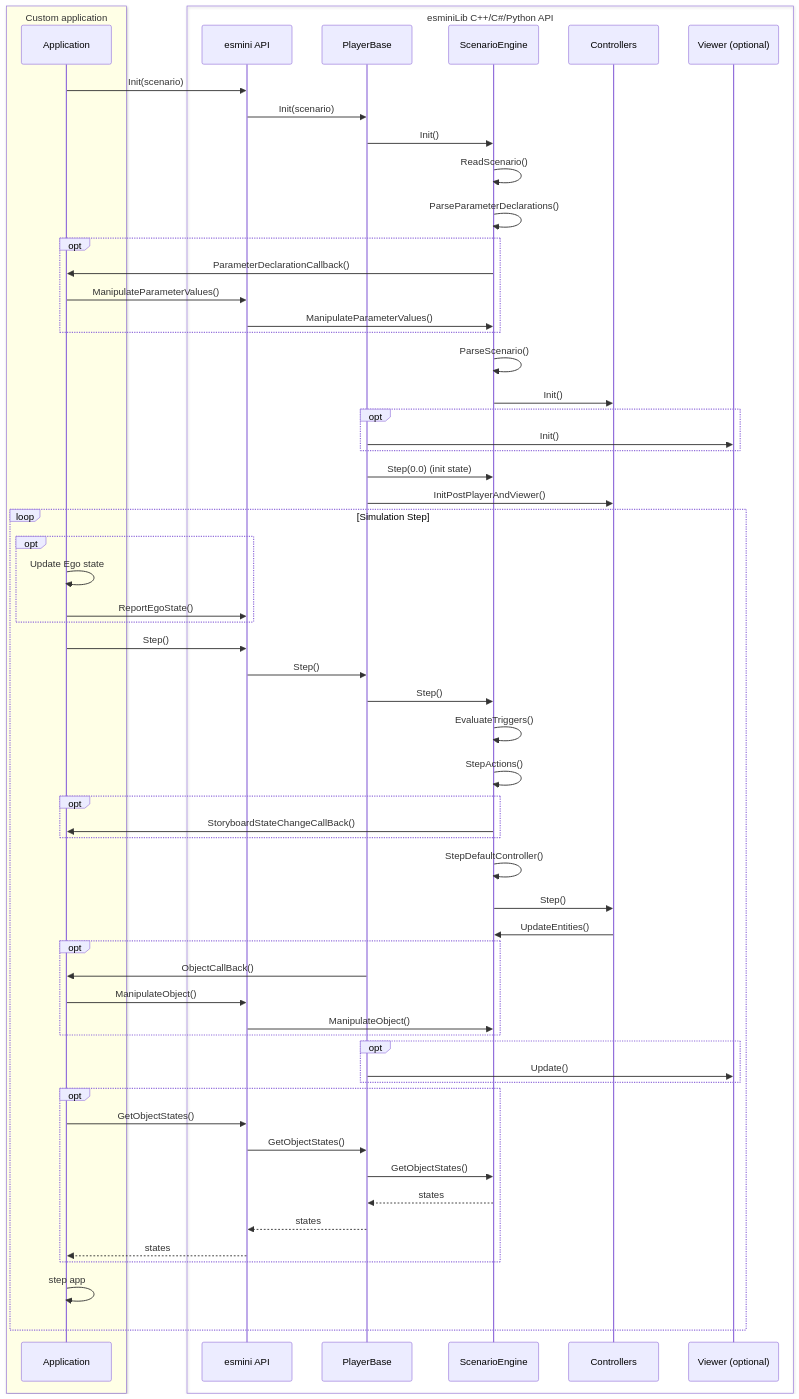
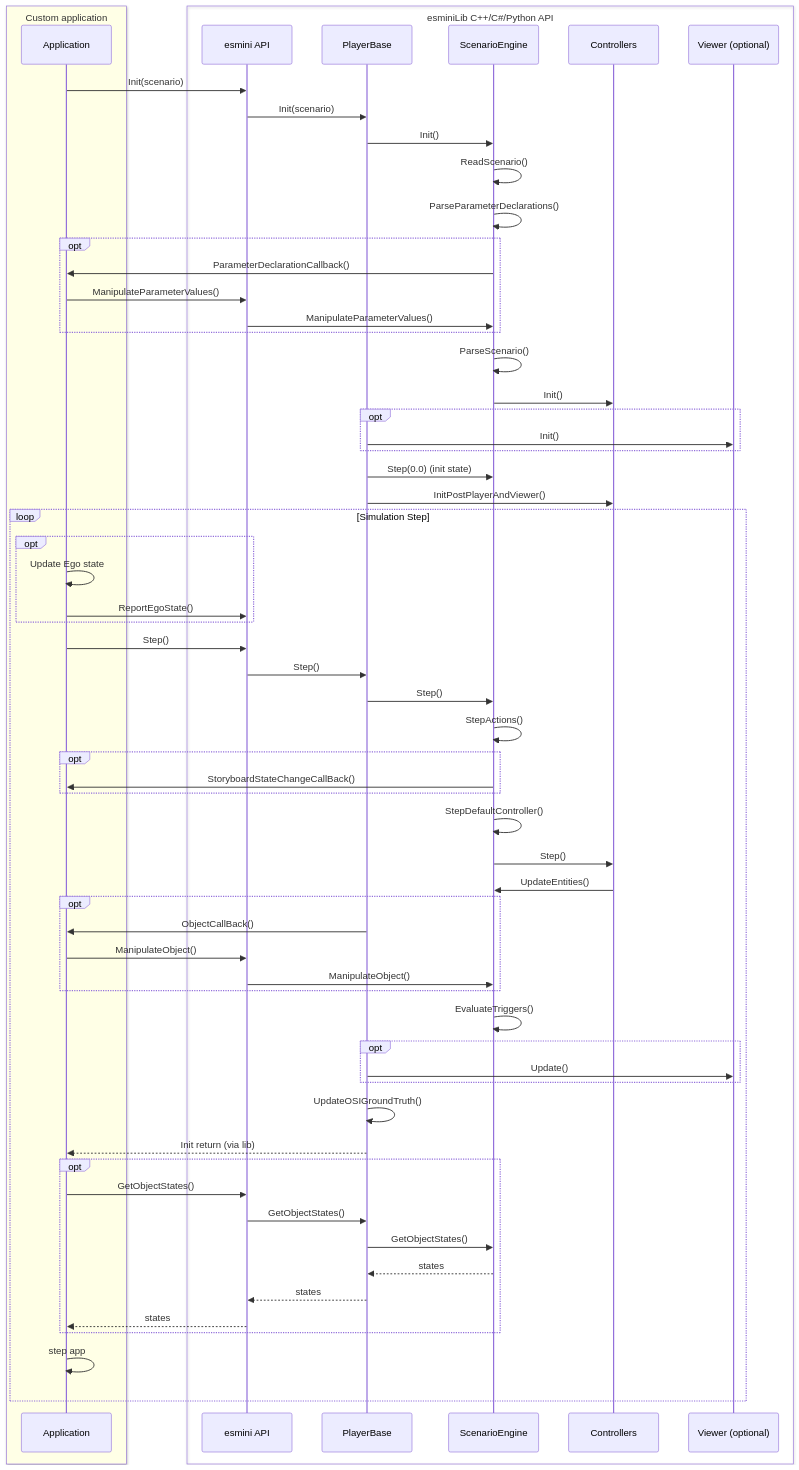
One commit to esmini/esmini changed the fourth of 4 diagrams in docs/user_guide/inner-workings.adoc. Above: the diagram before and after it, drawn with Mermaid.

Commit message:
Fix and clarify lib sequence diagram

```diff
--- a/docs/user_guide/inner-workings.adoc
+++ b/docs/user_guide/inner-workings.adoc
@@ -177,68 +177,70 @@
 [mermaid]
 ....
 sequenceDiagram
     box rgb(255,255,230) Custom application
        participant app as Application
     end
     box esminiLib C++/C#35;/Python API
        participant lib as esmini API
        participant player as PlayerBase
        participant se as ScenarioEngine
        participant ctrl as Controllers
        participant viewer as Viewer (optional)
     end
 
     app->>lib: Init(scenario)
     lib->>player: Init(scenario)
     player->>se: Init()
     se->>se: ReadScenario()
     se->>se: ParseParameterDeclarations()
     opt
        se->>app: ParameterDeclarationCallback()
        app->>lib: ManipulateParameterValues()
        lib->>se: ManipulateParameterValues()
     end
     se->>se: ParseScenario()
     se->>ctrl: Init()
     opt
        player->>viewer: Init()
     end
     player->>se: Step(0.0) (init state)
     player->>ctrl: InitPostPlayerAndViewer()
 
     loop Simulation Step
         opt
             app->>app: Update Ego state
             app->>lib: ReportEgoState()
         end
 
         app->>lib: Step()
         lib->>player: Step()
         player->>se: Step()
-        se->>se: EvaluateTriggers()
         se->>se: StepActions()
         opt
            se->>app: StoryboardStateChangeCallBack()
         end
         se->>se: StepDefaultController()
         se->>ctrl: Step()
         ctrl->>se: UpdateEntities()
         opt
            player->>app: ObjectCallBack()
            app->>lib: ManipulateObject()
            lib->>se: ManipulateObject()
         end
+        se->>se: EvaluateTriggers()
         opt
             player->>viewer: Update()
         end
+        player->>player: UpdateOSIGroundTruth()
+        player-->>app: Init return (via lib)
         opt
            app->>lib: GetObjectStates()
            lib->>player: GetObjectStates()
            player->>se: GetObjectStates()
            se-->>player: states
            player-->>lib: states
            lib-->>app: states
         end
         app->>app: step app
     end
 ....
```
